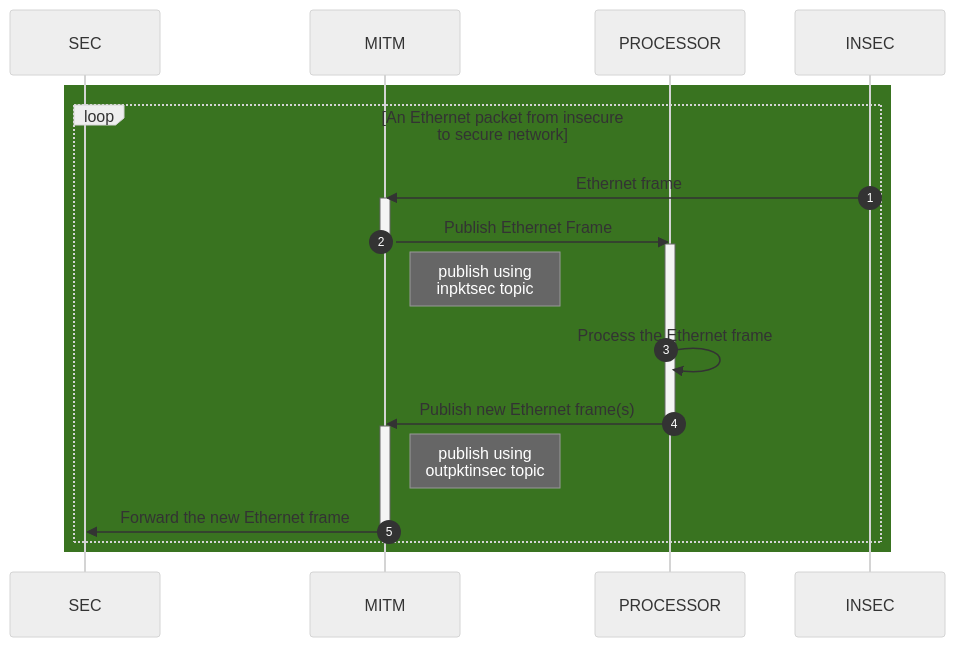
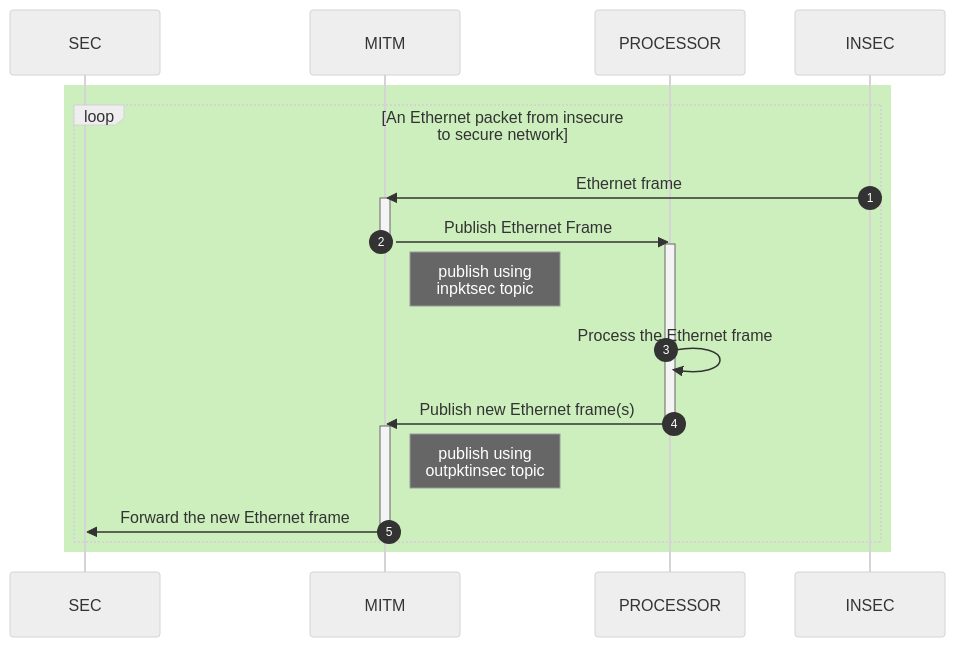
Before and after one commit to bartuakyurek/middlebox: the third of 3 diagrams in README.md, drawn with Mermaid (neutral theme). The commit also changed other lines of this file, not shown here.

Commit message:
Revert "Update diagram background"
This reverts commit 343465e7ffbc169f2f4014f5efed72fba2625137.

````diff
--- a/README.md
+++ b/README.md
@@ -101,27 +101,27 @@
 ```mermaid
 sequenceDiagram
 
     participant SEC
     participant MITM
     participant PROCESSOR
     participant INSEC
     
     autonumber
-   rect rgb(57, 115, 32)
+   rect rgb(204, 239, 189)
     loop An Ethernet packet from insecure to secure network
         INSEC->>MITM: Ethernet frame
         activate MITM
         MITM->>PROCESSOR: Publish Ethernet Frame
         deactivate MITM
         activate PROCESSOR
         Note right of MITM: publish using <br/>inpktsec topic
         PROCESSOR->>PROCESSOR: Process the Ethernet frame
         PROCESSOR->>MITM: Publish new Ethernet frame(s)
         deactivate PROCESSOR
         activate MITM
         Note right of MITM: publish using <br/>outpktinsec topic
         MITM->>SEC: Forward the new Ethernet frame
         deactivate MITM
     end
     end
 ```
````
